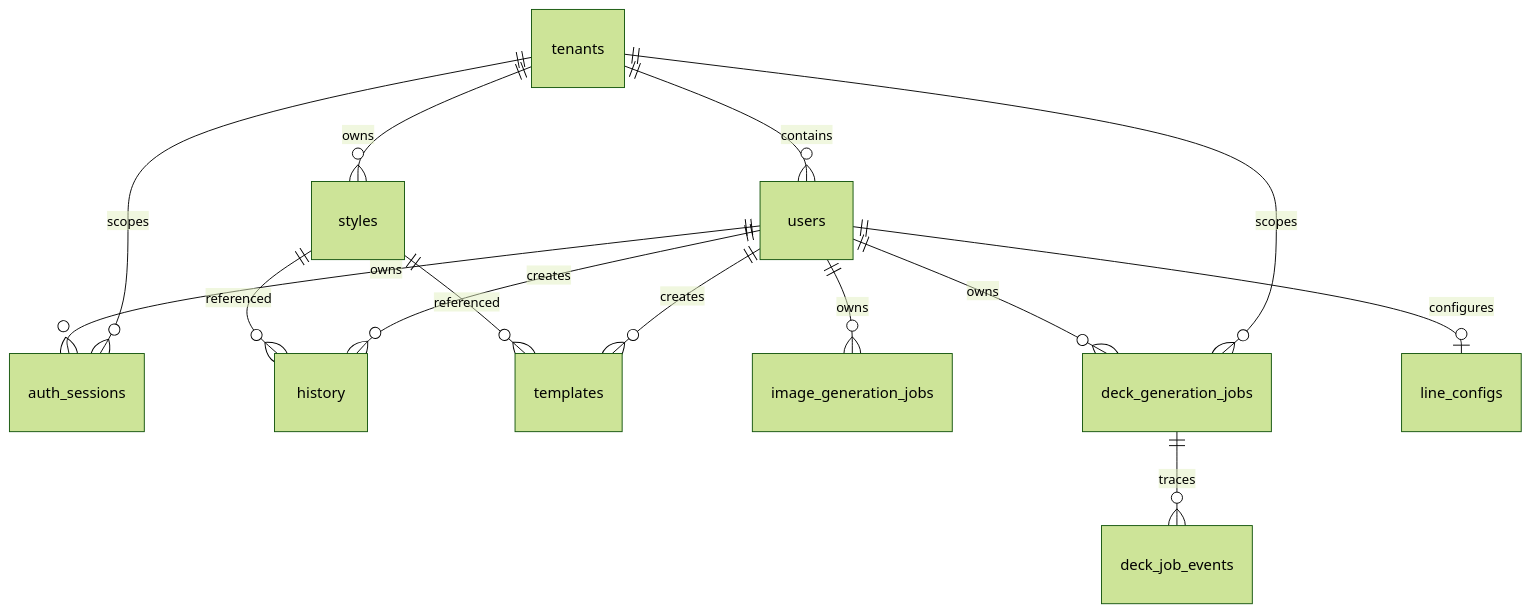
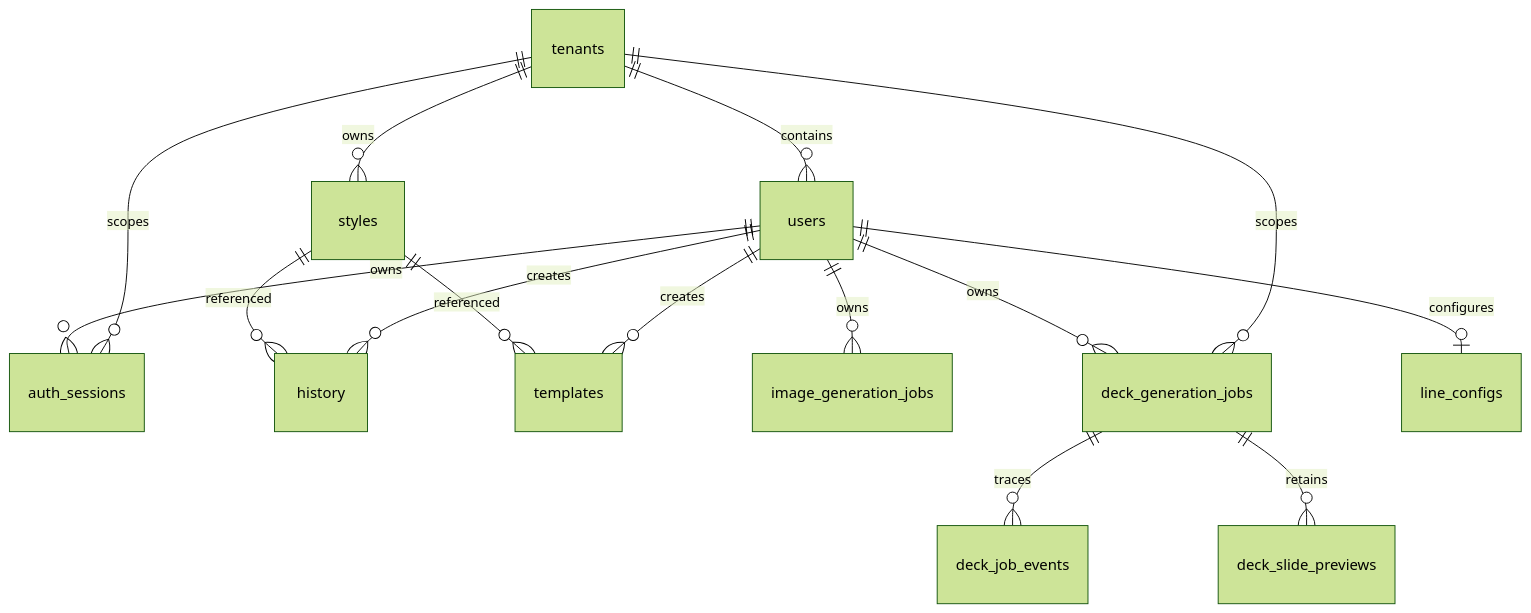
One commit to tony30552001/Genpic-master changed the diagram in openwiki/data/schema.md. Above: the diagram before and after it, drawn with Mermaid (forest theme). The commit also changed other lines of this file and 26 other files, not shown here.

````diff
--- a/openwiki/data/schema.md
+++ b/openwiki/data/schema.md
@@ -18,16 +18,17 @@
 ```mermaid
 erDiagram
   tenants ||--o{ users : contains
   tenants ||--o{ auth_sessions : scopes
   users ||--o{ auth_sessions : owns
   tenants ||--o{ styles : owns
   users ||--o{ history : creates
   users ||--o{ templates : creates
   users ||--o{ image_generation_jobs : owns
   tenants ||--o{ deck_generation_jobs : scopes
   users ||--o{ deck_generation_jobs : owns
   deck_generation_jobs ||--o{ deck_job_events : traces
+  deck_generation_jobs ||--o{ deck_slide_previews : retains
   users ||--o| line_configs : configures
   styles ||--o{ history : referenced
   styles ||--o{ templates : referenced
 ```
````
